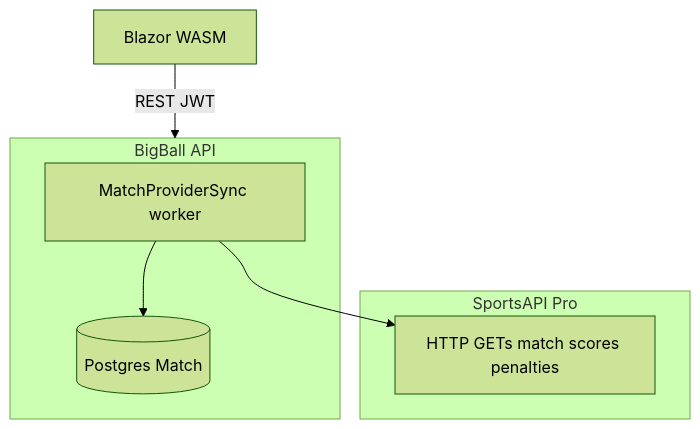
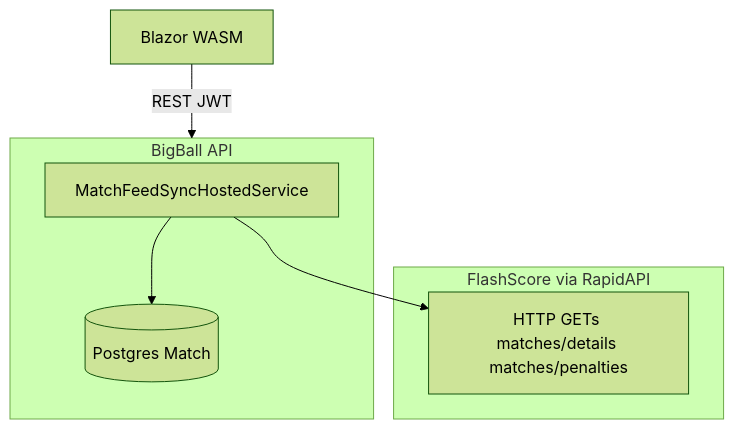
The diagram in docs/TechSpec.md (luucasgb/BigBall), drawn with Mermaid (forest theme) before and after one commit. The commit also changed other lines of this file and 49 other files, not shown here.

````diff
--- a/docs/TechSpec.md
+++ b/docs/TechSpec.md
@@ -226,13 +272,13 @@
 ```mermaid
 flowchart TD
-  subgraph provider [SportsAPI Pro]
-    SAP[HTTP GETs match scores penalties]
+  subgraph provider [FlashScore via RapidAPI]
+    FS[HTTP GETs matches/details matches/penalties]
   end
   subgraph api [BigBall API]
-    Sync[MatchProviderSync worker]
+    Sync[MatchFeedSyncHostedService]
     DB[(Postgres Match)]
   end
-  Sync --> SAP
+  Sync --> FS
   Sync --> DB
   Client[Blazor WASM] -->|REST JWT| api
 ```
````
